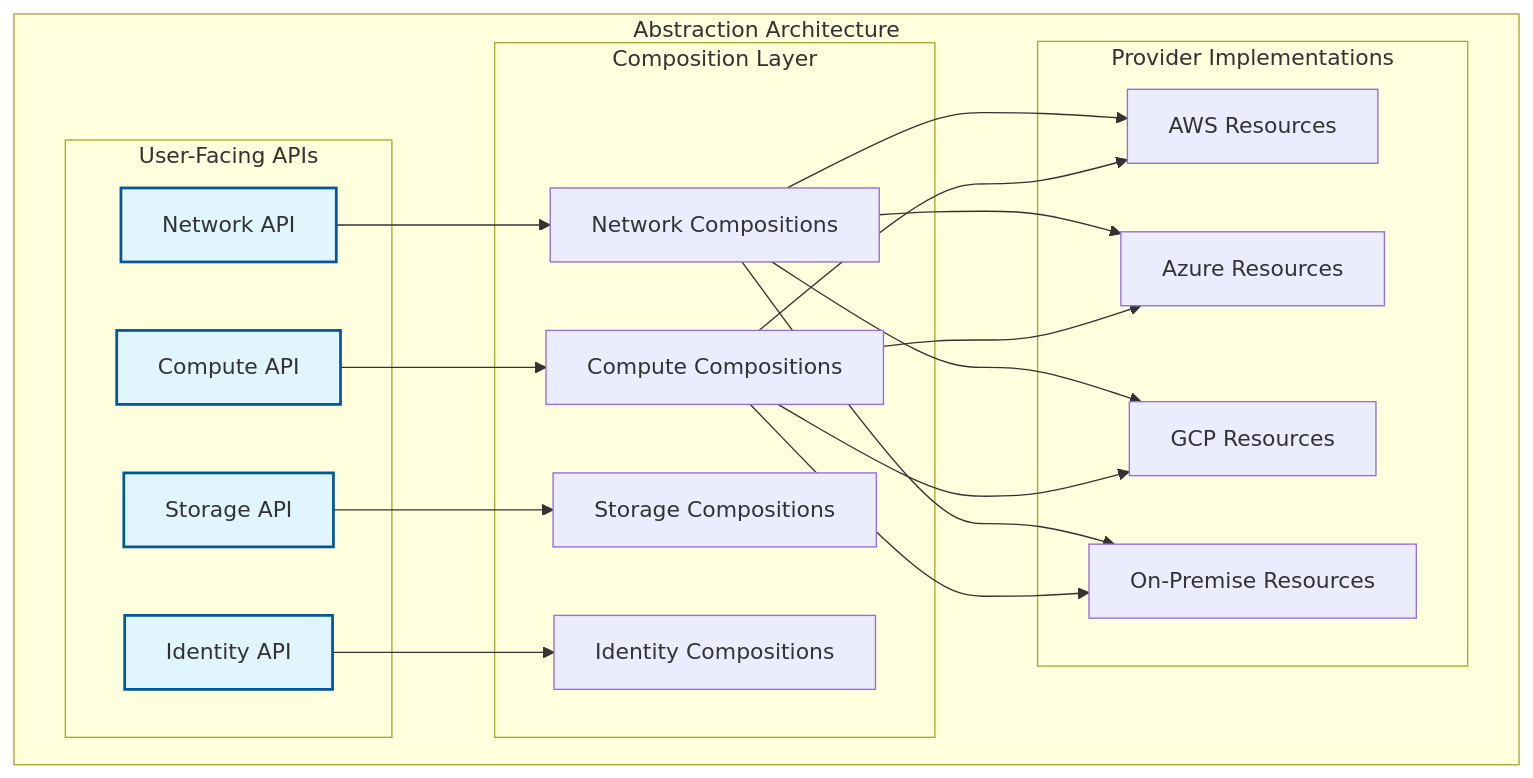
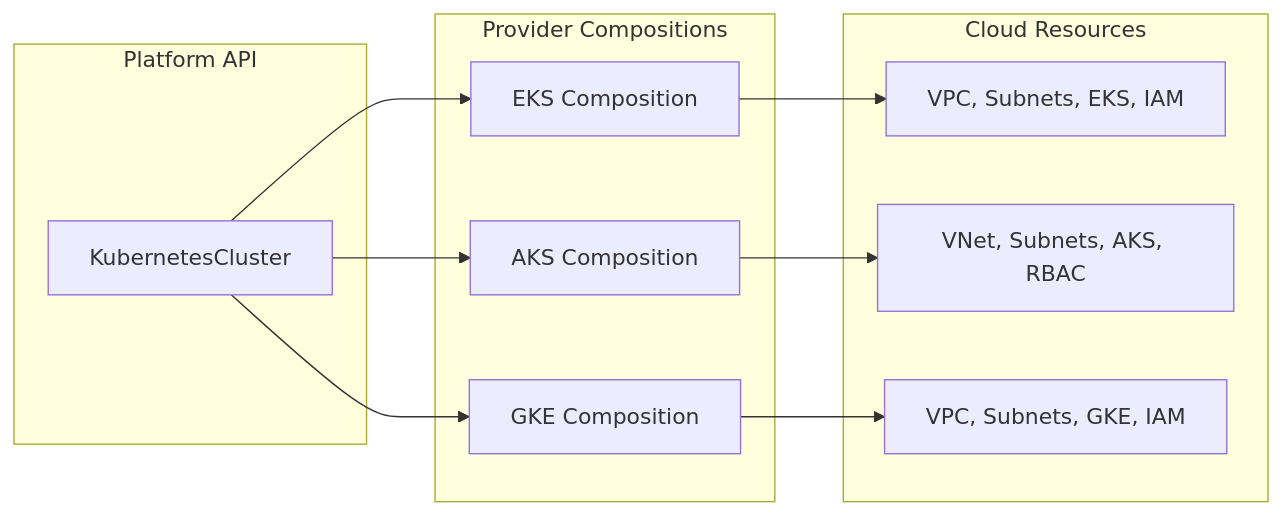
Before and after one commit to cgoolsby/cgoolsby.github.io: the second of 6 diagrams in content/posts/blog-post-k8s-hyperscalar-architecture.md, drawn with Mermaid. The commit also changed other lines of this file, not shown here.

````diff
--- a/content/posts/blog-post-k8s-hyperscalar-architecture.md
+++ b/content/posts/blog-post-k8s-hyperscalar-architecture.md
@@ -128,45 +119,22 @@
 ```mermaid
-graph TB
-    subgraph "Abstraction Architecture"
-        subgraph "User-Facing APIs"
-            NetworkAPI[Network API]
-            ComputeAPI[Compute API]
-            StorageAPI[Storage API]
-            IdentityAPI[Identity API]
-        end
-        
-        subgraph "Composition Layer"
-            NetworkComp[Network Compositions]
-            ComputeComp[Compute Compositions]
-            StorageComp[Storage Compositions]
-            IdentityComp[Identity Compositions]
-        end
-        
-        subgraph "Provider Implementations"
-            AWS[AWS Resources]
-            Azure[Azure Resources]
-            GCP[GCP Resources]
-            OnPrem[On-Premise Resources]
-        end
+graph LR
+    subgraph "Platform API"
+        Cluster[KubernetesCluster]
     end
     
-    NetworkAPI --> NetworkComp
-    ComputeAPI --> ComputeComp
-    StorageAPI --> StorageComp
-    IdentityAPI --> IdentityComp
+    subgraph "Provider Compositions"
+        EKS[EKS Composition]
+        AKS[AKS Composition]
+        GKE[GKE Composition]
+    end
     
-    NetworkComp --> AWS
-    NetworkComp --> Azure
-    NetworkComp --> GCP
-    NetworkComp --> OnPrem
+    subgraph "Cloud Resources"
+        AWS[VPC, Subnets, EKS, IAM]
+        Azure[VNet, Subnets, AKS, RBAC]
+        GCP[VPC, Subnets, GKE, IAM]
+    end
     
-    ComputeComp --> AWS
-    ComputeComp --> Azure
-    ComputeComp --> GCP
-    ComputeComp --> OnPrem
-    
-    style NetworkAPI fill:#e1f5fe,stroke:#01579b,stroke-width:2px
-    style ComputeAPI fill:#e1f5fe,stroke:#01579b,stroke-width:2px
-    style StorageAPI fill:#e1f5fe,stroke:#01579b,stroke-width:2px
-    style IdentityAPI fill:#e1f5fe,stroke:#01579b,stroke-width:2px
+    Cluster --> EKS --> AWS
+    Cluster --> AKS --> Azure
+    Cluster --> GKE --> GCP
 ```
````
